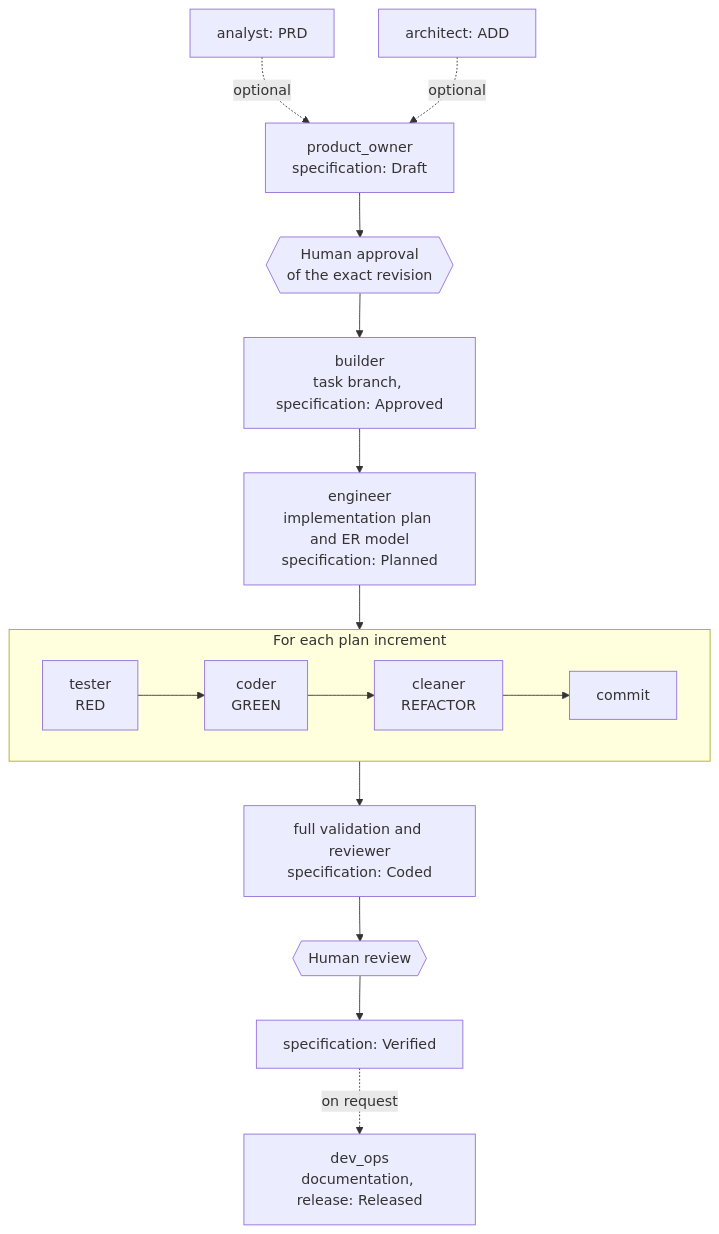
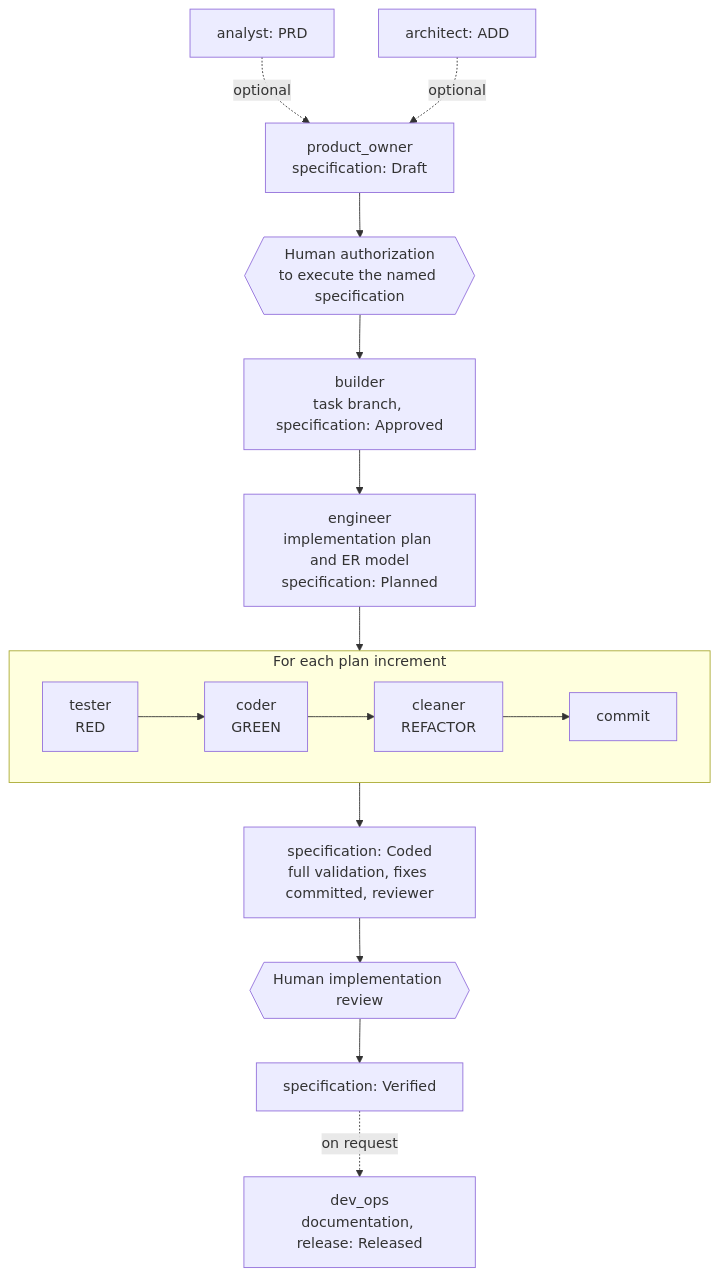
The first of 2 diagrams in README.md (yocra3/AI_agents), drawn with Mermaid before and after one commit. The commit also changed other lines of this file and 6 other files, not shown here.

````diff
--- a/README.md
+++ b/README.md
@@ -40,17 +40,17 @@
 ```mermaid
 flowchart TD
     AN["analyst: PRD"] -. optional .-> PO
     AR["architect: ADD"] -. optional .-> PO
-    PO["product_owner<br/>specification: Draft"] --> HA{{"Human approval<br/>of the exact revision"}}
+    PO["product_owner<br/>specification: Draft"] --> HA{{"Human authorization<br/>to execute the named specification"}}
     HA --> BU["builder<br/>task branch, specification: Approved"]
     BU --> EN["engineer<br/>implementation plan and ER model<br/>specification: Planned"]
     EN --> INC
     subgraph INC ["For each plan increment"]
         direction LR
         T["tester<br/>RED"] --> C["coder<br/>GREEN"] --> CL["cleaner<br/>REFACTOR"] --> CM["commit"]
     end
-    INC --> VA["full validation and reviewer<br/>specification: Coded"]
-    VA --> HR{{"Human review"}}
+    INC --> VA["specification: Coded<br/>full validation, fixes committed, reviewer"]
+    VA --> HR{{"Human implementation review"}}
     HR --> VE["specification: Verified"]
     VE -. on request .-> DO["dev_ops<br/>documentation, release: Released"]
 ```
````
